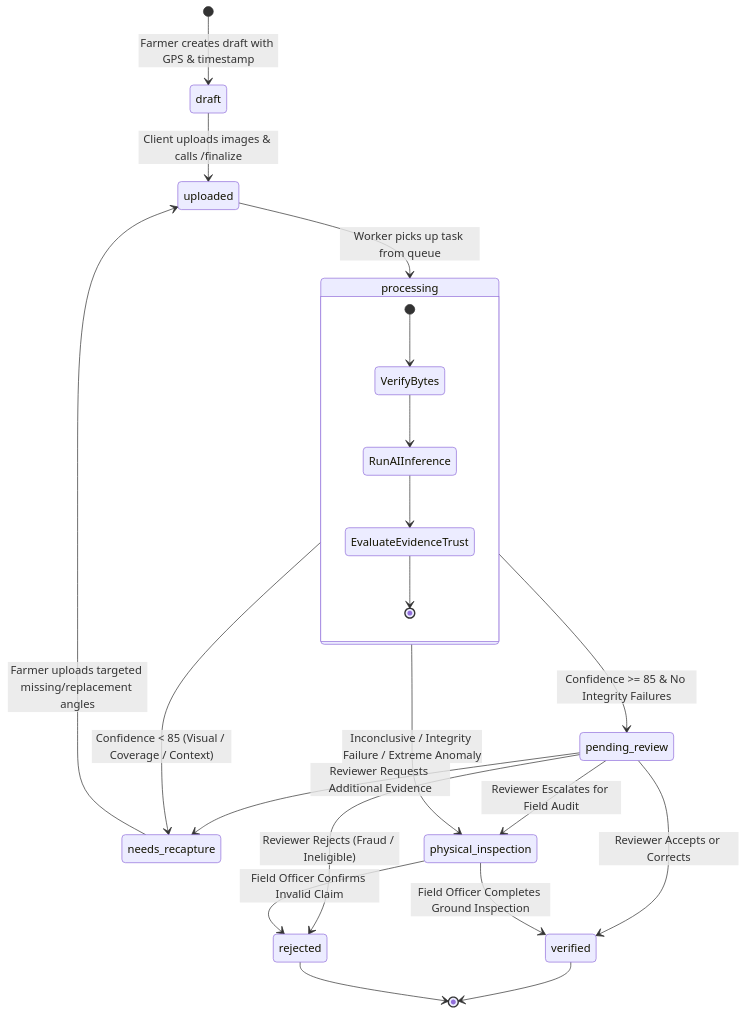
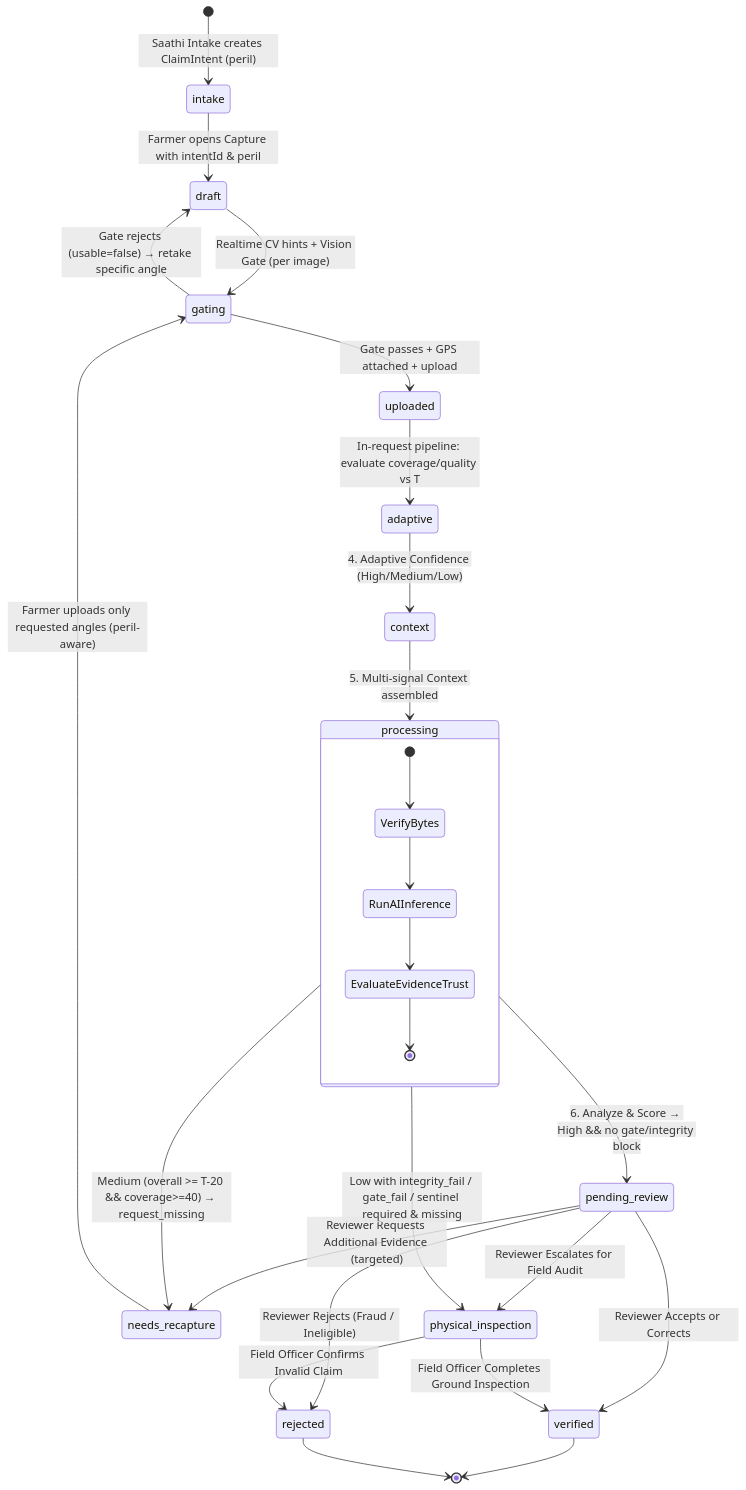
The third of 4 diagrams in docs/architecture.md (dhrrishitvdeka/Fasal-Pramaan), drawn with Mermaid before and after one commit. The commit also changed other lines of this file and 924 other files, not shown here.

````diff
--- a/docs/architecture.md
+++ b/docs/architecture.md
@@ -124,30 +237,35 @@
 ```mermaid
 stateDiagram-v2
-  [*] --> draft: Farmer creates draft with GPS & timestamp
-  draft --> uploaded: Client uploads images & calls /finalize
-  uploaded --> processing: Worker picks up task from queue
+  [*] --> intake: Saathi Intake creates ClaimIntent (peril)
+  intake --> draft: Farmer opens Capture with intentId & peril
+  draft --> gating: Realtime CV hints + Vision Gate (per image)
+  gating --> draft: Gate rejects (usable=false) → retake specific angle
+  gating --> uploaded: Gate passes + GPS attached + upload
+  uploaded --> adaptive: In-request pipeline: evaluate coverage/quality vs T
+  adaptive --> context: 4. Adaptive Confidence (High/Medium/Low)
+  context --> processing: 5. Multi-signal Context assembled
 
   state processing {
     [*] --> VerifyBytes
     VerifyBytes --> RunAIInference
     RunAIInference --> EvaluateEvidenceTrust
     EvaluateEvidenceTrust --> [*]
   }
 
-  processing --> pending_review: Confidence >= 85 & No Integrity Failures
-  processing --> needs_recapture: Confidence < 85 (Visual / Coverage / Context)
-  processing --> physical_inspection: Inconclusive / Integrity Failure / Extreme Anomaly
+  processing --> pending_review: 6. Analyze & Score → High && no gate/integrity block
+  processing --> needs_recapture: Medium (overall >= T-20 && coverage>=40) → request_missing
+  processing --> physical_inspection: Low with integrity_fail / gate_fail / sentinel required & missing
 
-  needs_recapture --> uploaded: Farmer uploads targeted missing/replacement angles
+  needs_recapture --> gating: Farmer uploads only requested angles (peril-aware)
   
   pending_review --> verified: Reviewer Accepts or Corrects
   pending_review --> rejected: Reviewer Rejects (Fraud / Ineligible)
-  pending_review --> needs_recapture: Reviewer Requests Additional Evidence
+  pending_review --> needs_recapture: Reviewer Requests Additional Evidence (targeted)
   pending_review --> physical_inspection: Reviewer Escalates for Field Audit
 
   physical_inspection --> verified: Field Officer Completes Ground Inspection
   physical_inspection --> rejected: Field Officer Confirms Invalid Claim
 
   verified --> [*]
   rejected --> [*]
 ```
````
